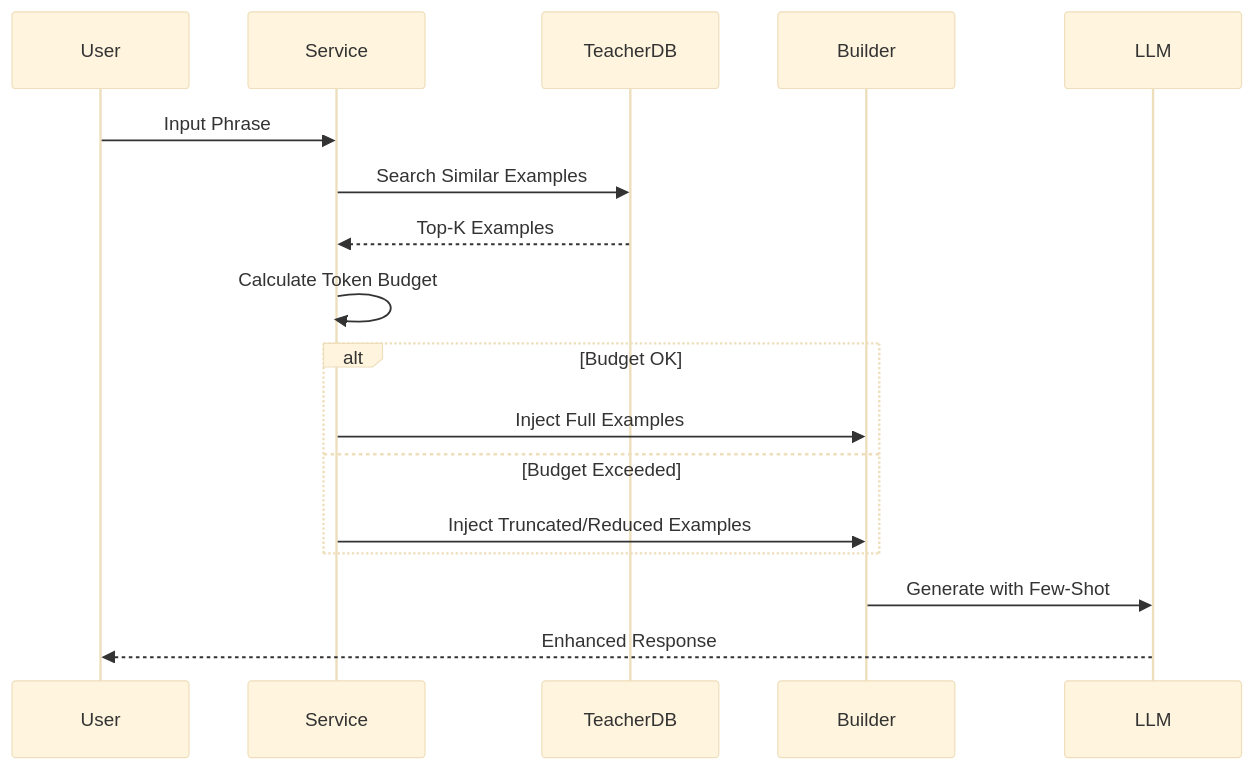
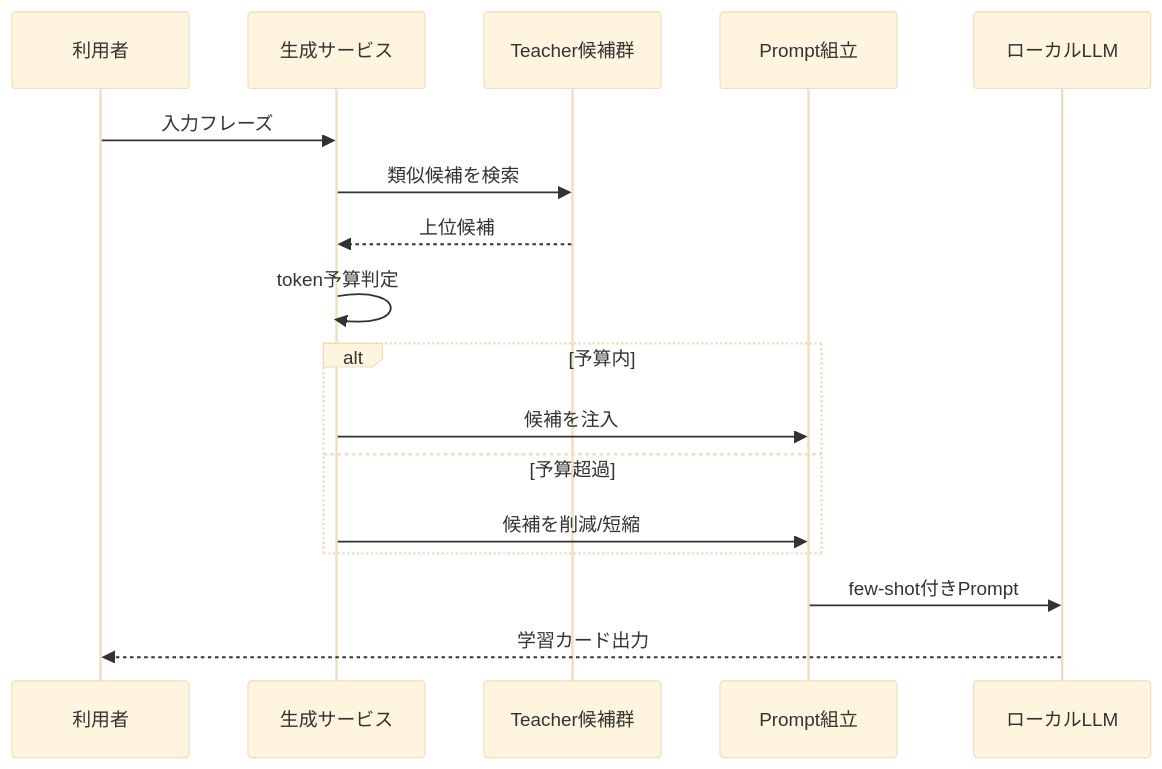
The second of 3 diagrams in Docs/SLIDES_OUTLINES_JP.md (ColinsGitCode/TrillanguageSystem), drawn with Mermaid (base theme) before and after one commit. The commit also changed other lines of this file and 2 other files, not shown here.

Commit message:
Polish JP slides outline and localize chart visuals

````diff
--- a/Docs/SLIDES_OUTLINES_JP.md
+++ b/Docs/SLIDES_OUTLINES_JP.md
@@ -231,22 +289,22 @@
 ```mermaid
 sequenceDiagram
-    participant User
-    participant Service
-    participant TeacherDB
-    participant Builder
-    participant LLM
-    
-    User->>Service: Input Phrase
-    Service->>TeacherDB: Search Similar Examples
-    TeacherDB-->>Service: Top-K Examples
-    Service->>Service: Calculate Token Budget
-    
-    alt Budget OK
-        Service->>Builder: Inject Full Examples
-    else Budget Exceeded
-        Service->>Builder: Inject Truncated/Reduced Examples
+    participant User as 利用者
+    participant Service as 生成サービス
+    participant Pool as Teacher候補群
+    participant Builder as Prompt組立
+    participant Model as ローカルLLM
+
+    User->>Service: 入力フレーズ
+    Service->>Pool: 類似候補を検索
+    Pool-->>Service: 上位候補
+    Service->>Service: token予算判定
+
+    alt 予算内
+        Service->>Builder: 候補を注入
+    else 予算超過
+        Service->>Builder: 候補を削減/短縮
     end
-    
-    Builder->>LLM: Generate with Few-Shot
-    LLM-->>User: Enhanced Response
+
+    Builder->>Model: few-shot付きPrompt
+    Model-->>User: 学習カード出力
 ```
````
